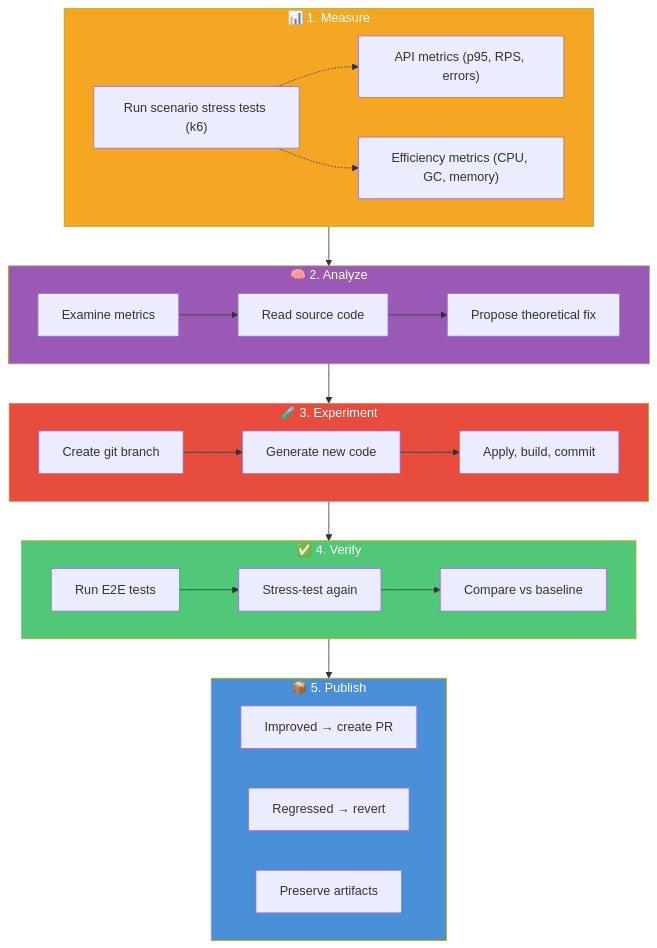
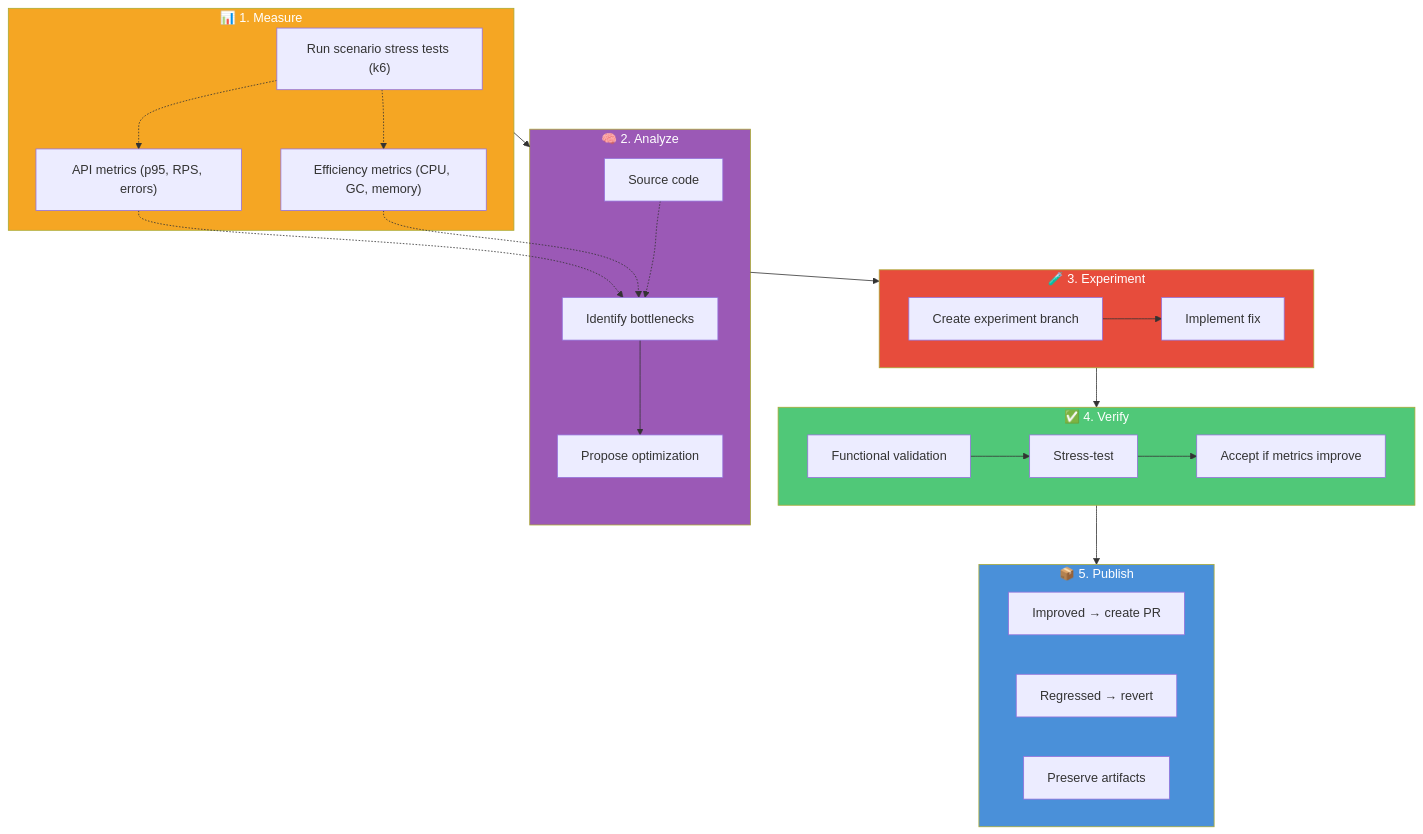
The first of 2 diagrams in docs/architecture.md (J-Bax/Hone), drawn with Mermaid before and after one commit.

Commit message:
docs: update Analyze, Experiment, Verify subgraphs
Analyze: bottleneck identification fed by API metrics, efficiency
metrics, and source code via dotted inputs.
Experiment: create branch  implement fix.
Verify: functional validation  stress-test  accept if improves.

````diff
--- a/docs/architecture.md
+++ b/docs/architecture.md
@@ -25,45 +25,46 @@
 ```mermaid
 flowchart TD
     subgraph MEASURE["📊 1. Measure"]
         M1["Run scenario stress tests (k6)"]
         M2["API metrics (p95, RPS, errors)"]
         M3["Efficiency metrics (CPU, GC, memory)"]
         M1 -.-> M2
         M1 -.-> M3
     end
 
     subgraph ANALYZE["🧠 2. Analyze"]
-        A1["Examine metrics"]
-        A2["Read source code"]
-        A3["Propose theoretical fix"]
-        A1 --> A2 --> A3
+        SRC["Source code"]
+        A1["Identify bottlenecks"]
+        M2 -.-> A1
+        M3 -.-> A1
+        SRC -.-> A1
+        A1 --> A2["Propose optimization"]
     end
 
     subgraph EXPERIMENT["🧪 3. Experiment"]
-        E1["Create git branch"]
-        E2["Generate new code"]
-        E3["Apply, build, commit"]
-        E1 --> E2 --> E3
+        E1["Create experiment branch"]
+        E2["Implement fix"]
+        E1 --> E2
     end
 
     subgraph VERIFY["✅ 4. Verify"]
-        V1["Run E2E tests"]
-        V2["Stress-test again"]
-        V3["Compare vs baseline"]
+        V1["Functional validation"]
+        V2["Stress-test"]
+        V3["Accept if metrics improve"]
         V1 --> V2 --> V3
     end
 
     subgraph PUBLISH["📦 5. Publish"]
         P1["Improved → create PR"]
         P2["Regressed → revert"]
         P3["Preserve artifacts"]
     end
 
     MEASURE --> ANALYZE --> EXPERIMENT --> VERIFY --> PUBLISH
 
     style MEASURE fill:#f5a623,color:#fff
     style ANALYZE fill:#9b59b6,color:#fff
     style EXPERIMENT fill:#e74c3c,color:#fff
     style VERIFY fill:#50c878,color:#fff
     style PUBLISH fill:#4a90d9,color:#fff
 ```
````
